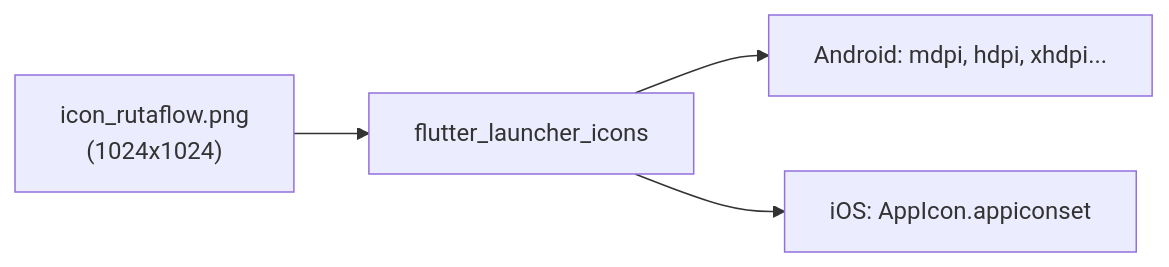
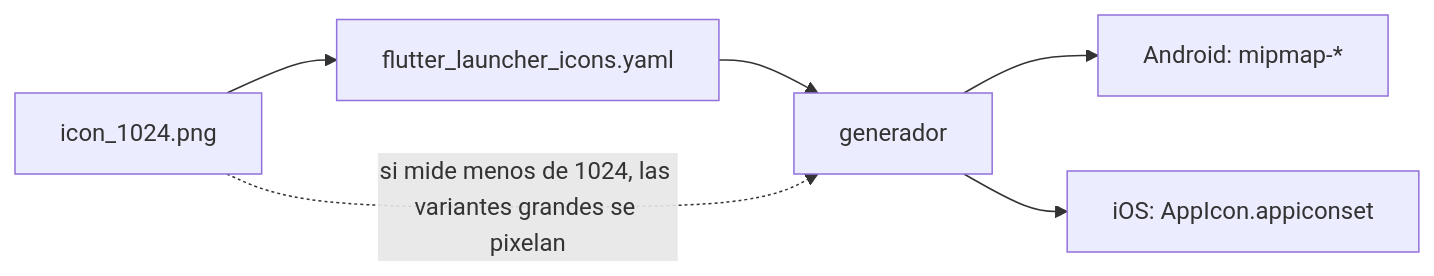
Before and after one commit to NICORUIZ93/The_Imperial_Book: the second of 4 diagrams in web/public/content/flutter/modulo-11.md, drawn with Mermaid. The commit also changed other lines of this file and 287 other files, not shown here.

````diff
--- a/web/public/content/flutter/modulo-11.md
+++ b/web/public/content/flutter/modulo-11.md
@@ -121,6 +115,8 @@
 ```mermaid
 flowchart LR
-    A["icon_rutaflow.png\n(1024x1024)"] --> B["flutter_launcher_icons"]
-    B --> C["Android: mdpi, hdpi, xhdpi..."]
-    B --> D["iOS: AppIcon.appiconset"]
+    SRC["icon_1024.png"] --> CFG["flutter_launcher_icons.yaml"]
+    CFG --> GEN["generador"]
+    GEN --> AND["Android: mipmap-*"]
+    GEN --> IOS["iOS: AppIcon.appiconset"]
+    SRC -. "si mide menos de 1024, las variantes grandes se pixelan" .-> GEN
 ```
````
